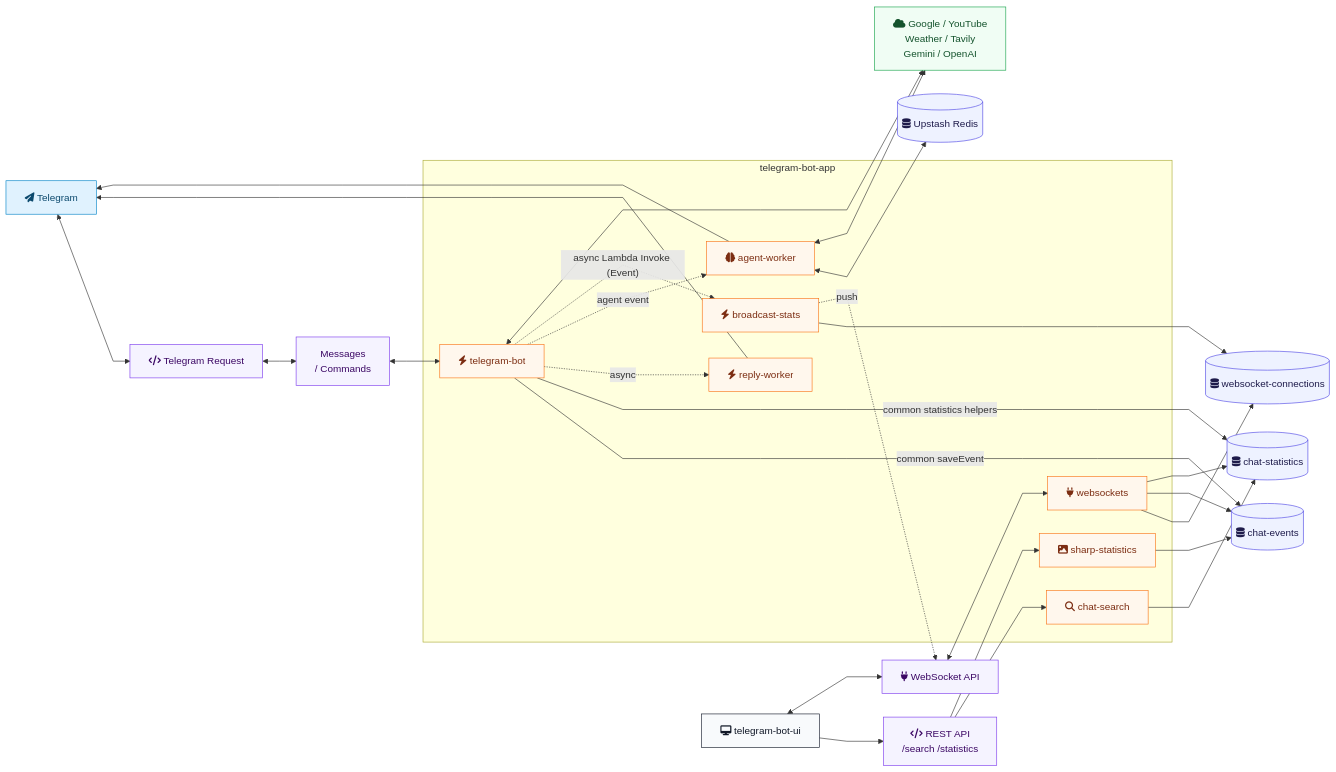
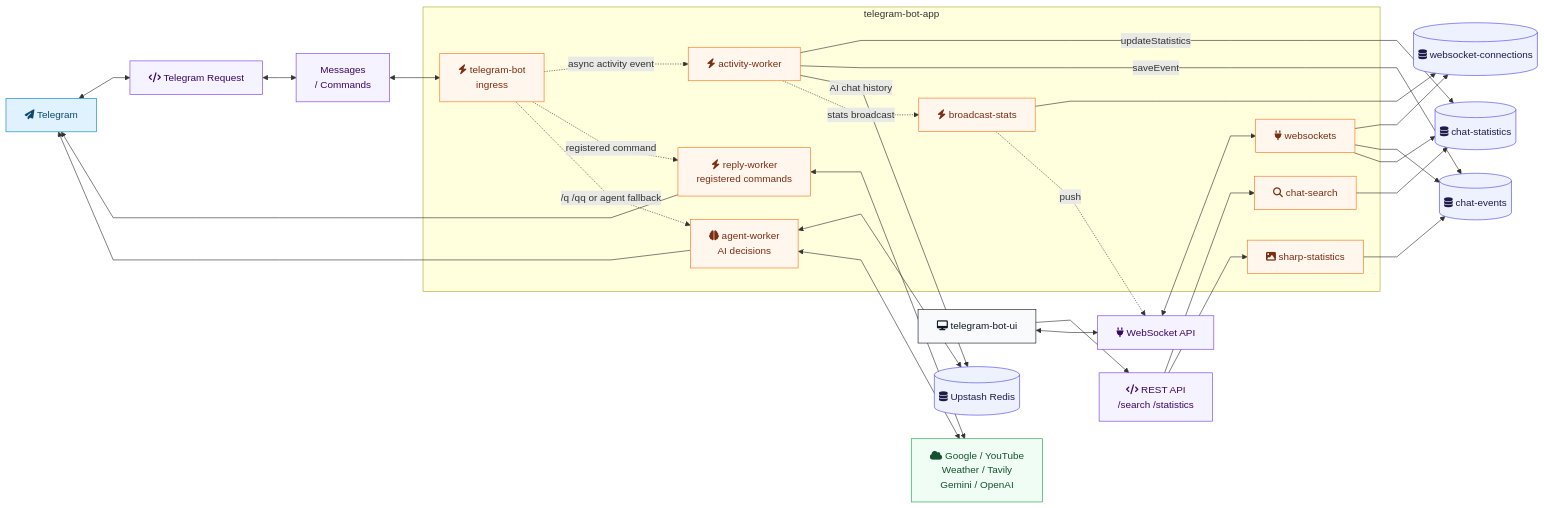
One commit to EugeneDraitsev/telegram-bot-app changed the diagram in README.md. Above: the diagram before and after it, drawn with Mermaid. The commit also changed other lines of this file and 23 other files, not shown here.

Commit message:
Refactor telegram ingress worker flow

````diff
--- a/README.md
+++ b/README.md
@@ -14,59 +14,62 @@
 ```mermaid
 %%{init: {"flowchart": {"curve": "linear", "nodeSpacing": 38, "rankSpacing": 54}} }%%
 flowchart LR
   tg["fa:fa-paper-plane Telegram"]:::telegram
   req["fa:fa-code Telegram Request"]:::gateway
   msg["Messages<br/>/ Commands"]:::gateway
 
   subgraph app["telegram-bot-app"]
-    bot["fa:fa-bolt telegram-bot"]:::lambda
-    reply["fa:fa-bolt reply-worker"]:::lambda
-    agent["fa:fa-brain agent-worker"]:::lambda
+    bot["fa:fa-bolt telegram-bot<br/>ingress"]:::lambda
+    activity["fa:fa-bolt activity-worker"]:::lambda
+    reply["fa:fa-bolt reply-worker<br/>registered commands"]:::lambda
+    agent["fa:fa-brain agent-worker<br/>AI decisions"]:::lambda
     search["fa:fa-search chat-search"]:::lambda
     image["fa:fa-image sharp-statistics"]:::lambda
     broadcast["fa:fa-bolt broadcast-stats"]:::lambda
     ws["fa:fa-plug websockets"]:::lambda
   end
 
   apis["fa:fa-cloud Google / YouTube<br/>Weather / Tavily<br/>Gemini / OpenAI"]:::external
 
   events[("fa:fa-database chat-events")]:::data
   stats[("fa:fa-database chat-statistics")]:::data
   conns[("fa:fa-database websocket-connections")]:::data
   redis[("fa:fa-database Upstash Redis")]:::data
 
   ui["fa:fa-desktop telegram-bot-ui"]:::ui
   http["fa:fa-code REST API<br/>/search /statistics"]:::gateway
   wss["fa:fa-plug WebSocket API"]:::gateway
 
   tg <--> req <--> msg <--> bot
-  bot -->|"common saveEvent"| events
-  bot -->|"common statistics helpers"| stats
-  bot -. "async" .-> reply
-  bot -. "agent event" .-> agent
-  bot -. "async Lambda Invoke (Event)" .-> broadcast
+  bot -. "async activity event" .-> activity
+  bot -. "registered command" .-> reply
+  bot -. "/q /qq or agent fallback" .-> agent
 
+  activity -->|"updateStatistics"| stats
+  activity -->|"saveEvent"| events
+  activity -->|"AI chat history"| redis
+  activity -. "stats broadcast" .-> broadcast
   reply --> tg
+  reply <--> apis
   agent --> tg
   agent <--> redis
   agent <--> apis
-  bot <--> apis
 
   ui --> http
   http --> search --> stats
   http --> image --> events
 
   ui <--> wss <--> ws
   ws --> conns
   ws --> events
   ws --> stats
   broadcast --> conns
   broadcast -. "push" .-> wss
 
   classDef telegram fill:#e0f2fe,stroke:#0284c7,color:#0c4a6e
   classDef gateway fill:#f5f3ff,stroke:#7c3aed,color:#3b0764
   classDef lambda fill:#fff7ed,stroke:#f97316,color:#7c2d12
   classDef data fill:#eef2ff,stroke:#4f46e5,color:#1e1b4b
   classDef ui fill:#f8fafc,stroke:#111827,color:#111827
   classDef external fill:#f0fdf4,stroke:#16a34a,color:#14532d
 ```
````
